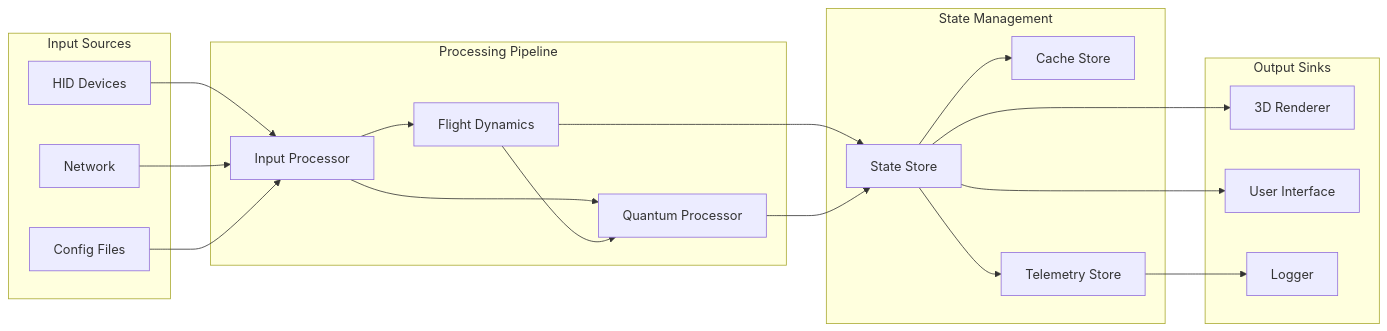
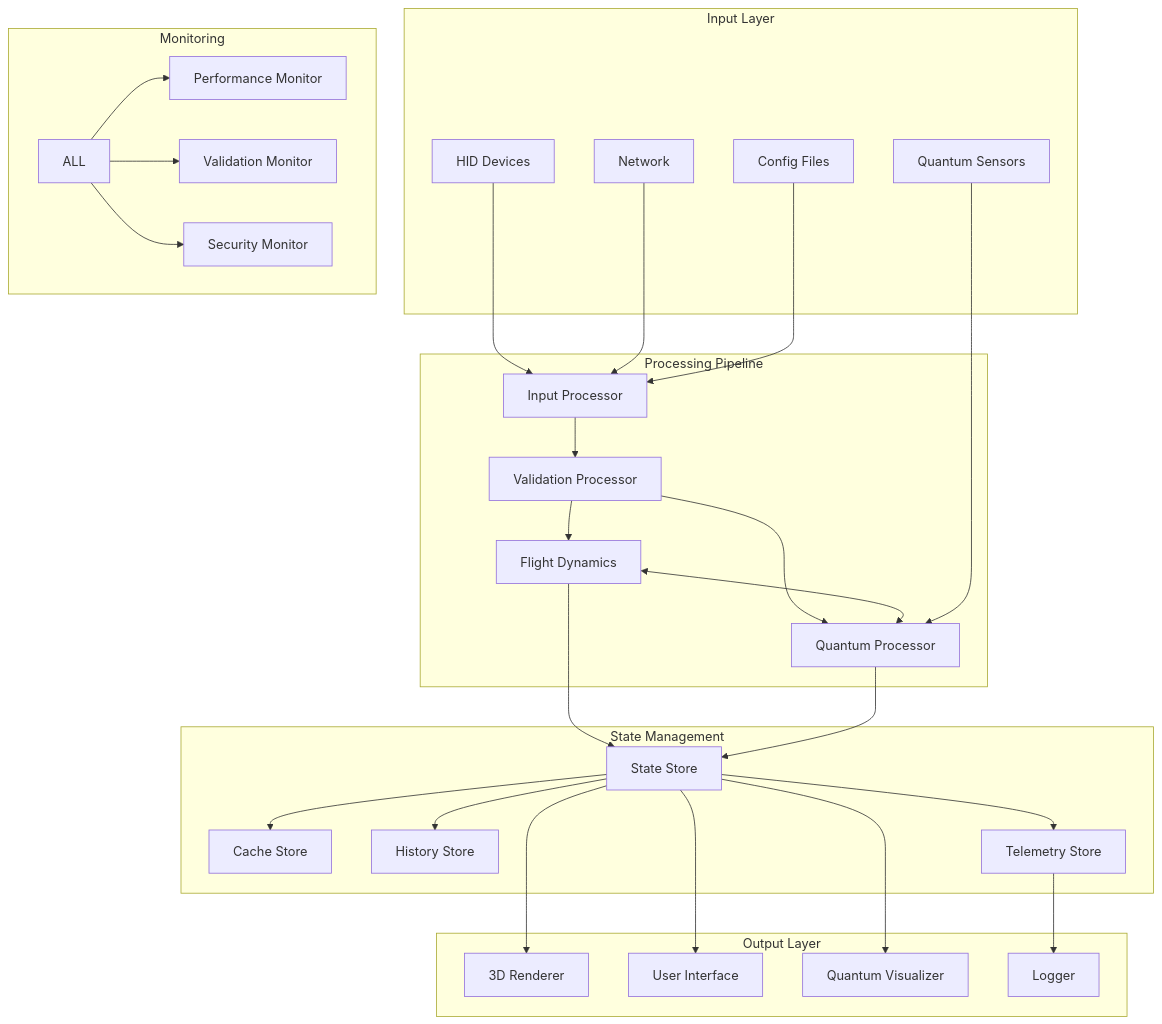
The second of 4 diagrams in PRODUCT_LINES/AMPEL360/BOB/FLIGHT SIMULATOR/QFSE/25MAP0001/DESIGN/TECHNICAL_DOCS/AMP-QFSE-25MAP0001-DES-BOB-TEC-TD-ATA-099-00-01-TPL-DES-001-QSTR-v1.0.0.pdfAMP-QFSE-25MAP0001-DES-BOB-TEC-TD-ATA-099-00-01-TPL-DES-001-QSTR-v1.0.0.md (Robbbo-T/A-Q-U-A_V), drawn with Mermaid before and after one commit. The commit also changed other lines of this file, not shown here.

````diff
--- a/PRODUCT_LINES/AMPEL360/BOB/FLIGHT SIMULATOR/QFSE/25MAP0001/DESIGN/TECHNICAL_DOCS/AMP-QFSE-25MAP0001-DES-BOB-TEC-TD-ATA-099-00-01-TPL-DES-001-QSTR-v1.0.0.pdfAMP-QFSE-25MAP0001-DES-BOB-TEC-TD-ATA-099-00-01-TPL-DES-001-QSTR-v1.0.0.md
+++ b/PRODUCT_LINES/AMPEL360/BOB/FLIGHT SIMULATOR/QFSE/25MAP0001/DESIGN/TECHNICAL_DOCS/AMP-QFSE-25MAP0001-DES-BOB-TEC-TD-ATA-099-00-01-TPL-DES-001-QSTR-v1.0.0.pdfAMP-QFSE-25MAP0001-DES-BOB-TEC-TD-ATA-099-00-01-TPL-DES-001-QSTR-v1.0.0.md
@@ -878,43 +1958,61 @@
 ```mermaid
-graph LR
-    subgraph "Input Sources"
+graph TB
+    subgraph "Input Layer"
         HID[HID Devices]
         NET[Network]
         FILE[Config Files]
+        QSI[Quantum Sensors]
     end
     
     subgraph "Processing Pipeline"
         IP[Input Processor]
+        VP[Validation Processor]
         FDM[Flight Dynamics]
         QP[Quantum Processor]
         
-        IP --> FDM
-        IP --> QP
-        FDM --> QP
+        IP --> VP
+        VP --> FDM
+        VP --> QP
+        FDM <--> QP
     end
     
     subgraph "State Management"
         SS[State Store]
         CS[Cache Store]
+        HS[History Store]
         TS[Telemetry Store]
         
         FDM --> SS
         QP --> SS
         SS --> CS
+        SS --> HS
         SS --> TS
     end
     
-    subgraph "Output Sinks"
+    subgraph "Output Layer"
         R3D[3D Renderer]
         UI[User Interface]
+        QVE[Quantum Visualizer]
         LOG[Logger]
         
         SS --> R3D
         SS --> UI
+        SS --> QVE
         TS --> LOG
+    end
+    
+    subgraph "Monitoring"
+        PM[Performance Monitor]
+        VM[Validation Monitor]
+        SM[Security Monitor]
+        
+        ALL --> PM
+        ALL --> VM
+        ALL --> SM
     end
     
     HID --> IP
     NET --> IP
     FILE --> IP
+    QSI --> QP
 ```
````
